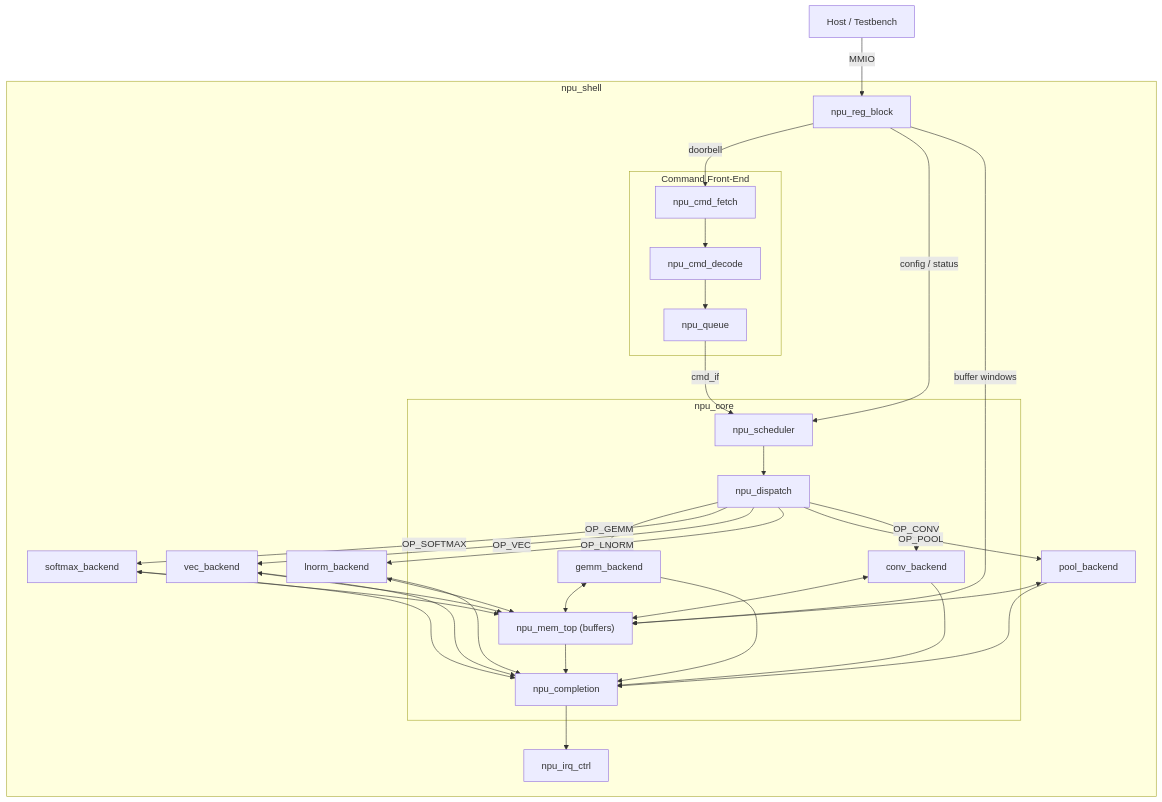
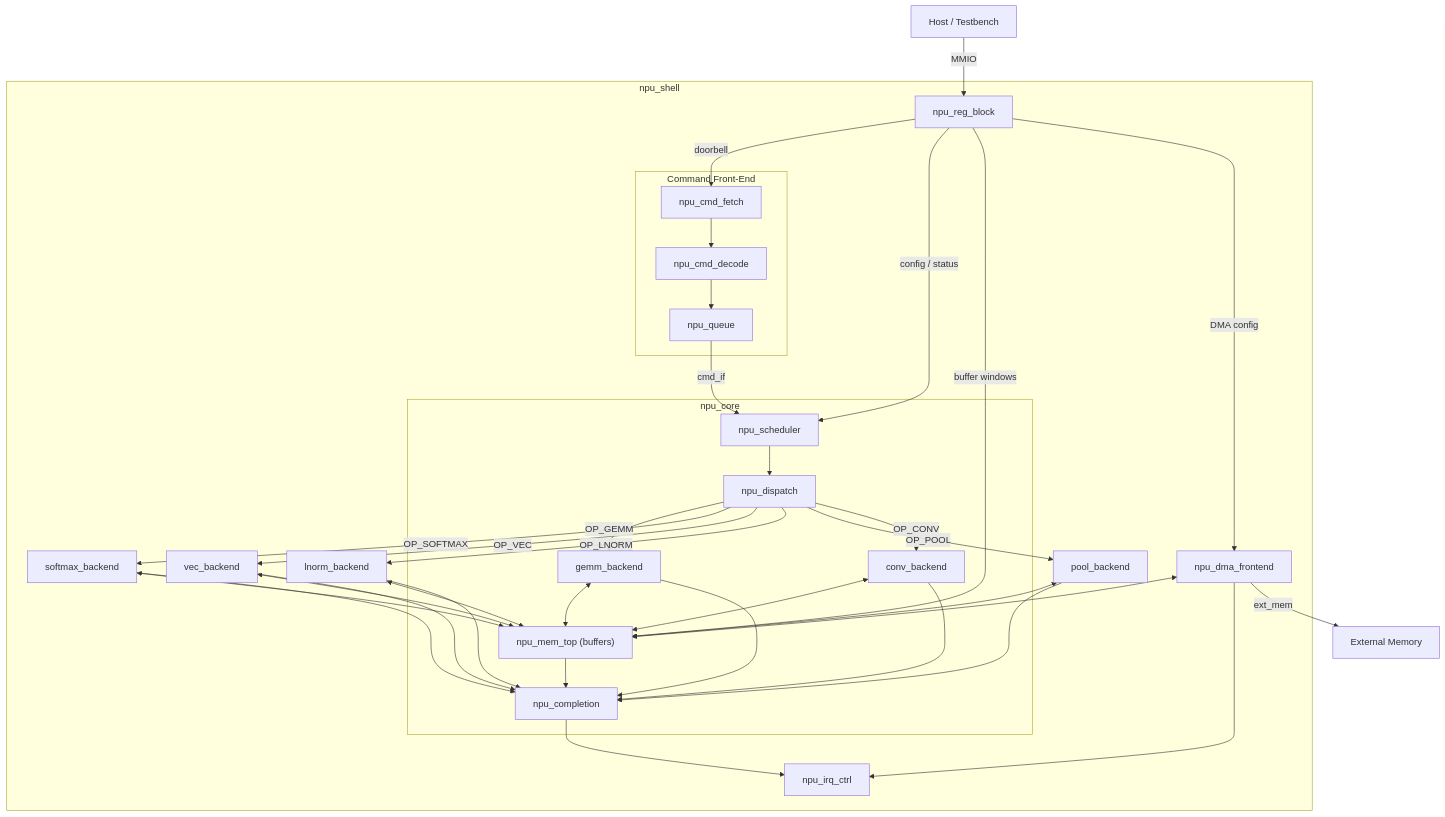
The diagram in docs/arch/overview.md (Arty3/lg-npu), drawn with Mermaid before and after one commit. The commit also changed other lines of this file and 12 other files, not shown here.

````diff
--- a/docs/arch/overview.md
+++ b/docs/arch/overview.md
@@ -27,53 +27,58 @@
 ```mermaid
 graph TD
     Host["Host / Testbench"]
 
     Host -- MMIO --> rb
 
     subgraph shell [npu_shell]
         rb["npu_reg_block"]
 
         subgraph cmd_fe [Command Front-End]
             cf["npu_cmd_fetch"] --> cd["npu_cmd_decode"] --> q["npu_queue"]
         end
 
         rb -- doorbell --> cf
 
         subgraph core [npu_core]
             sched["npu_scheduler"]
             dispatch["npu_dispatch"]
             mem_top["npu_mem_top (buffers)"]
             gemm["gemm_backend"]
             conv["conv_backend"]
             completion["npu_completion"]
         end
 
         q -- cmd_if --> sched
         rb -- "config / status" --> sched
         sched --> dispatch
         dispatch -- "OP_GEMM" --> gemm
         dispatch -- "OP_SOFTMAX" --> smax["softmax_backend"]
         dispatch -- "OP_VEC" --> vec["vec_backend"]
         dispatch -- "OP_LNORM" --> lnorm["lnorm_backend"]
         dispatch -- "OP_POOL" --> pool["pool_backend"]
         dispatch -- "OP_CONV" --> conv
         gemm <--> mem_top
         smax <--> mem_top
         vec <--> mem_top
         lnorm <--> mem_top
         pool <--> mem_top
         conv <--> mem_top
         gemm --> completion
         smax --> completion
         vec --> completion
         lnorm --> completion
         pool --> completion
         conv --> completion
         mem_top --> completion
 
+        dma["npu_dma_frontend"]
         irq["npu_irq_ctrl"]
         completion --> irq
+        dma --> irq
     end
 
     rb -- "buffer windows" --> mem_top
+    rb -- "DMA config" --> dma
+    dma <--> mem_top
+    dma -- "ext_mem" --> ExtMem["External Memory"]
 ```
````
